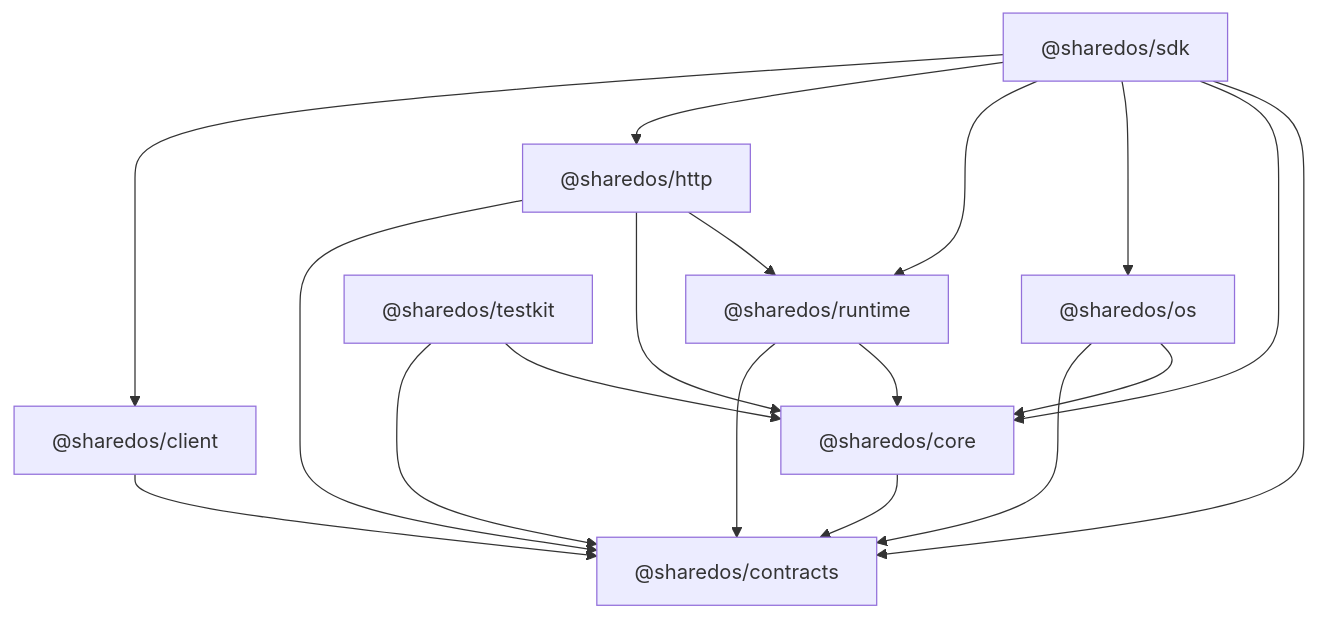
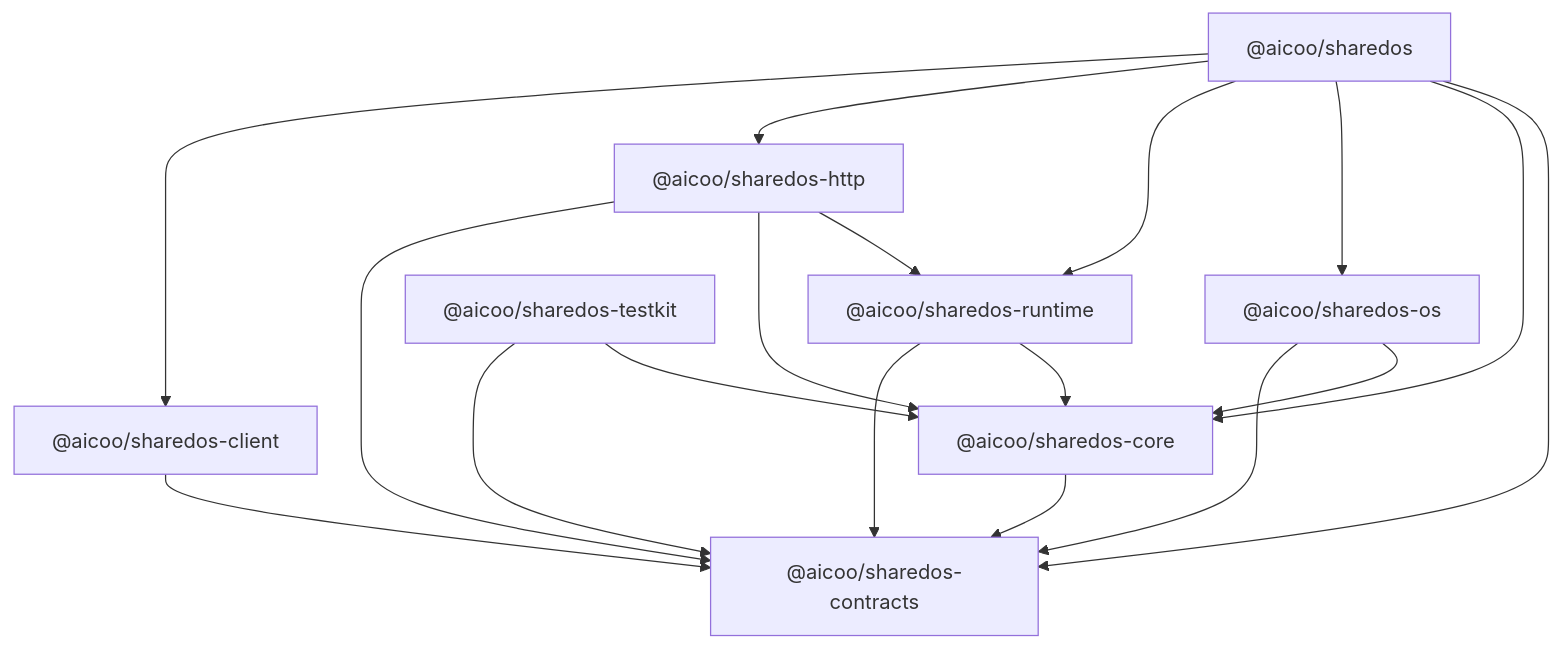
Before and after one commit to Aicoo-Team/SharedOS: the first of 2 diagrams in docs/architecture.md, drawn with Mermaid. The commit also changed other lines of this file and 71 other files, not shown here.

````diff
--- a/docs/architecture.md
+++ b/docs/architecture.md
@@ -36,21 +36,21 @@
 ```mermaid
 flowchart TD
-  CT["@sharedos/contracts"]
-  CO["@sharedos/core"] --> CT
-  OS["@sharedos/os"] --> CO
+  CT["@aicoo/sharedos-contracts"]
+  CO["@aicoo/sharedos-core"] --> CT
+  OS["@aicoo/sharedos-os"] --> CO
   OS --> CT
-  RT["@sharedos/runtime"] --> CO
+  RT["@aicoo/sharedos-runtime"] --> CO
   RT --> CT
-  HT["@sharedos/http"] --> RT
+  HT["@aicoo/sharedos-http"] --> RT
   HT --> CO
   HT --> CT
-  CL["@sharedos/client"] --> CT
-  SDK["@sharedos/sdk"] --> CT
+  CL["@aicoo/sharedos-client"] --> CT
+  SDK["@aicoo/sharedos"] --> CT
   SDK --> CO
   SDK --> OS
   SDK --> RT
   SDK --> HT
   SDK --> CL
-  TK["@sharedos/testkit"] --> CO
+  TK["@aicoo/sharedos-testkit"] --> CO
   TK --> CT
 ```
````
